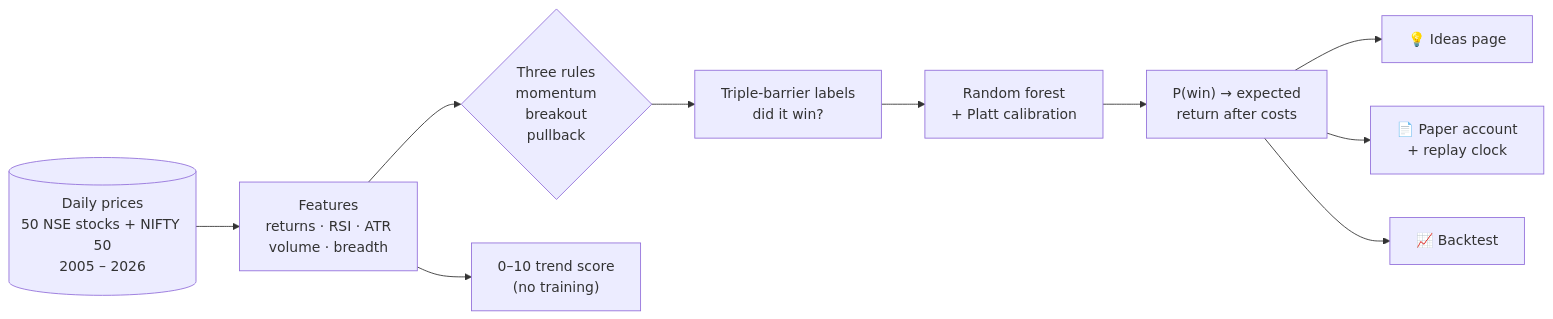
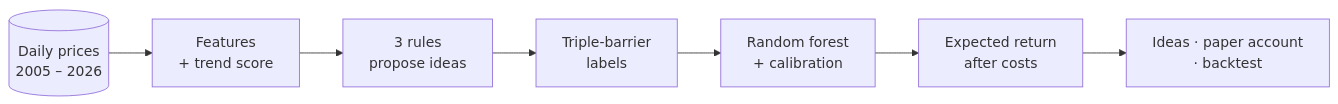
One commit to PranavAshokkumar/Stonks_Lite changed the diagram in README.md. Above: the diagram before and after it, drawn with Mermaid.

Commit message:
README: flatten the pipeline diagram so GitHub's frame doesn't clip it

````diff
--- a/README.md
+++ b/README.md
@@ -187,12 +187,9 @@
 ```mermaid
 flowchart LR
-    data[("Daily prices<br/>50 NSE stocks + NIFTY 50<br/>2005 – 2026")] --> feat["Features<br/>returns · RSI · ATR<br/>volume · breadth"]
-    feat --> rules{"Three rules<br/>momentum<br/>breakout<br/>pullback"}
-    feat --> score["0–10 trend score<br/>(no training)"]
-    rules --> labels["Triple-barrier labels<br/>did it win?"]
-    labels --> model["Random forest<br/>+ Platt calibration"]
-    model --> er["P(win) → expected<br/>return after costs"]
-    er --> ideas["💡 Ideas page"]
-    er --> paper["📄 Paper account<br/>+ replay clock"]
-    er --> bt["📈 Backtest"]
+    data[("Daily prices<br/>2005 – 2026")] --> feat["Features<br/>+ trend score"]
+    feat --> rules["3 rules<br/>propose ideas"]
+    rules --> labels["Triple-barrier<br/>labels"]
+    labels --> model["Random forest<br/>+ calibration"]
+    model --> er["Expected return<br/>after costs"]
+    er --> out["Ideas · paper account<br/>· backtest"]
 ```
````
